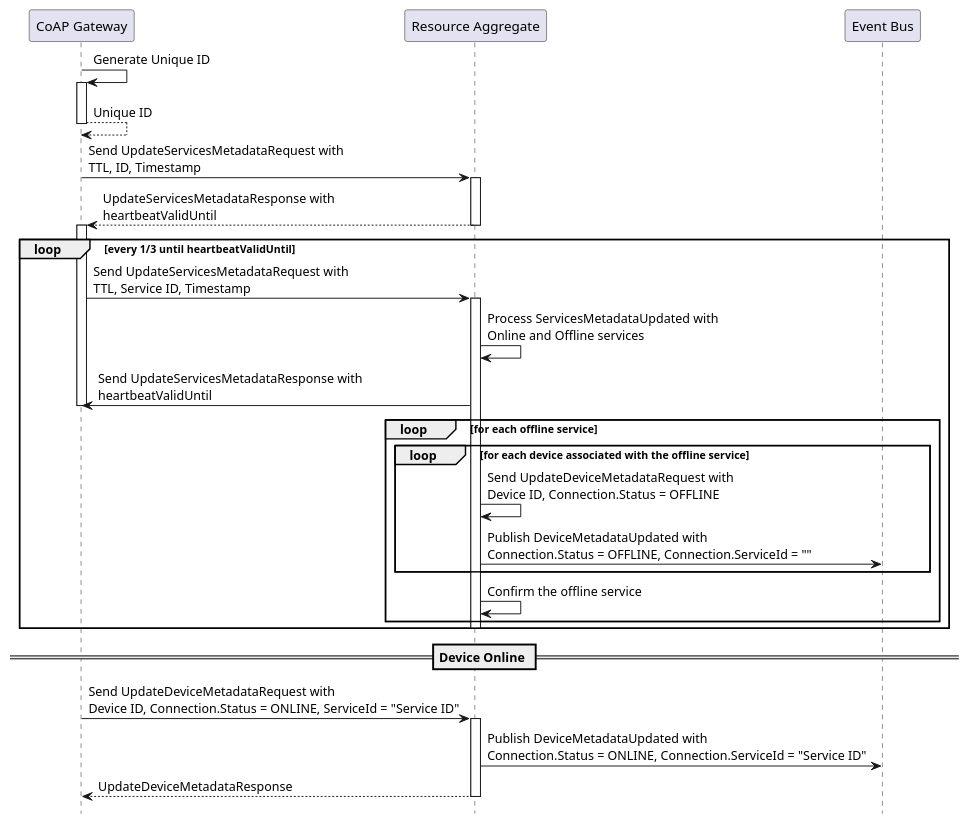
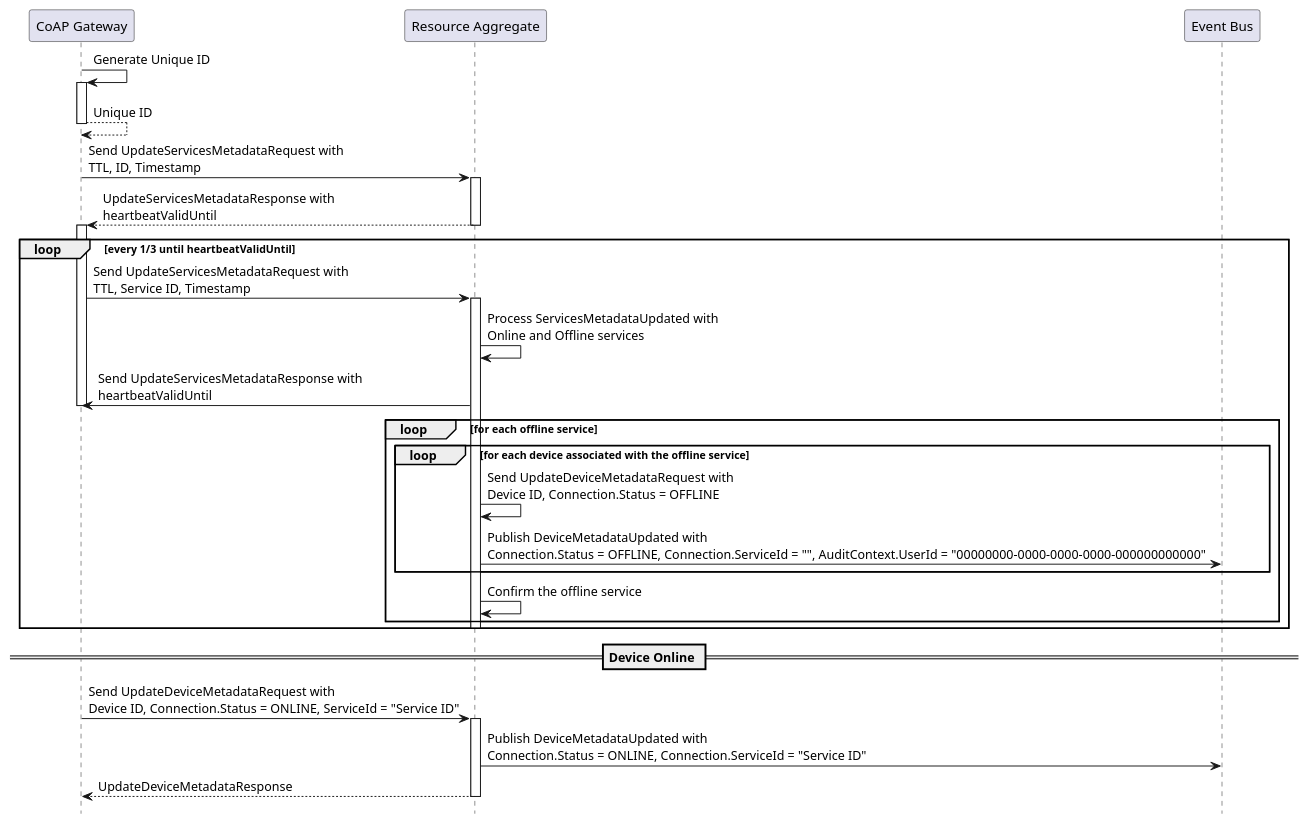
The diagram in content/en/docs/features/monitoring-and-diagnostics/monitoring-device-connectivity.md (plgd-dev/doc), drawn with PlantUML before and after one commit. The commit also changed other lines of this file, not shown here.

Commit message:
add nil user id

```diff
--- a/content/en/docs/features/monitoring-and-diagnostics/monitoring-device-connectivity.md
+++ b/content/en/docs/features/monitoring-and-diagnostics/monitoring-device-connectivity.md
@@ -30,37 +30,37 @@
 {{< plantuml id="update-services-metadata" >}}
 @startuml Sequence
 skinparam backgroundColor transparent
 hide footbox
 
 participant CoAPGateway as "CoAP Gateway"
 participant ResourceAggregate as "Resource Aggregate"
 participant EventBus as "Event Bus"
 
 CoAPGateway -> CoAPGateway++: Generate Unique ID
 return Unique ID
 CoAPGateway -> ResourceAggregate++: Send UpdateServicesMetadataRequest with\nTTL, ID, Timestamp
 return UpdateServicesMetadataResponse with\nheartbeatValidUntil
 activate CoAPGateway
 loop every 1/3 until heartbeatValidUntil
    CoAPGateway -> ResourceAggregate++: Send UpdateServicesMetadataRequest with\nTTL, Service ID, Timestamp
    ResourceAggregate -> ResourceAggregate: Process ServicesMetadataUpdated with\nOnline and Offline services
    ResourceAggregate -> CoAPGateway: Send UpdateServicesMetadataResponse with\nheartbeatValidUntil
    deactivate CoAPGateway
    loop for each offline service
       loop for each device associated with the offline service
          ResourceAggregate -> ResourceAggregate: Send UpdateDeviceMetadataRequest with\nDevice ID, Connection.Status = OFFLINE
-         ResourceAggregate -> EventBus: Publish DeviceMetadataUpdated with\nConnection.Status = OFFLINE, Connection.ServiceId = ""
+         ResourceAggregate -> EventBus: Publish DeviceMetadataUpdated with\nConnection.Status = OFFLINE, Connection.ServiceId = "", AuditContext.UserId = "00000000-0000-0000-0000-000000000000"
       end
       ResourceAggregate -> ResourceAggregate: Confirm the offline service
    end
    deactivate ResourceAggregate
 end
 
 == Device Online ==
 
 CoAPGateway -> ResourceAggregate++ : Send UpdateDeviceMetadataRequest with\nDevice ID, Connection.Status = ONLINE, ServiceId = "Service ID"
 ResourceAggregate -> EventBus: Publish DeviceMetadataUpdated with\nConnection.Status = ONLINE, Connection.ServiceId = "Service ID"
 return UpdateDeviceMetadataResponse
 
 @enduml
 {{< /plantuml >}}
```
